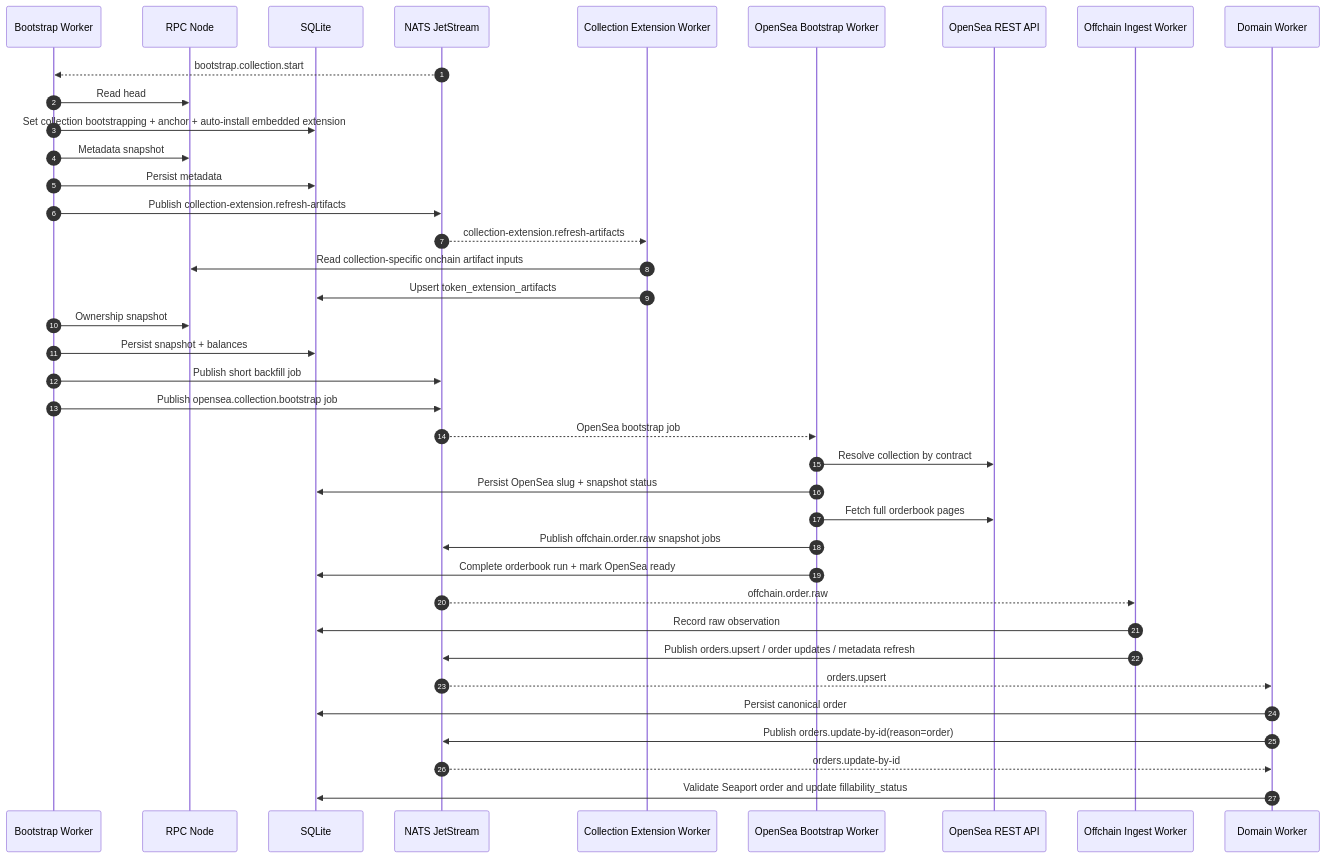
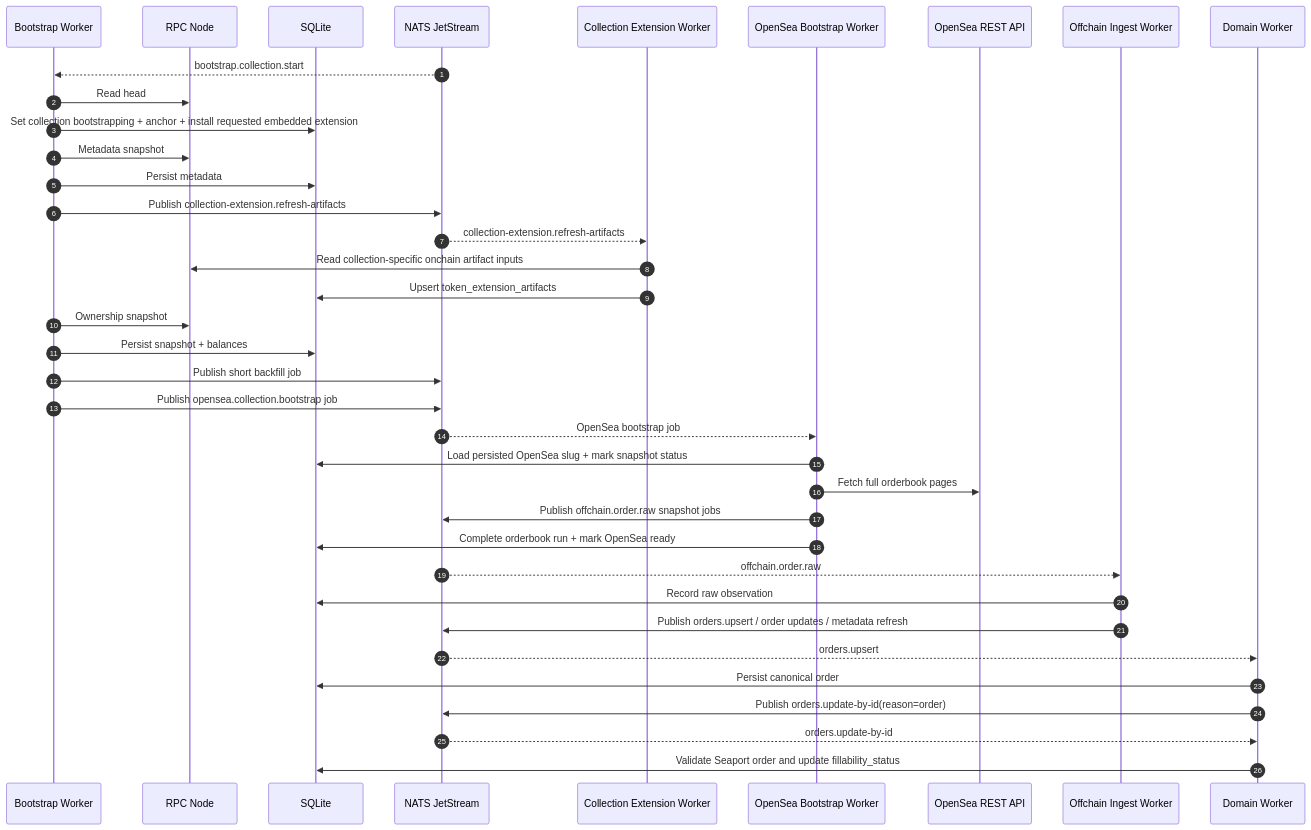
The second of 4 diagrams in docs/indexer/13-sequence-diagrams.md (d347h-eth/artgod), drawn with Mermaid before and after one commit. The commit also changed 28 other files, not shown here.

Commit message:
match collection/tokens scope for ext install

````diff
--- a/docs/indexer/13-sequence-diagrams.md
+++ b/docs/indexer/13-sequence-diagrams.md
@@ -35,44 +35,43 @@
 ```mermaid
 sequenceDiagram
     autonumber
     participant Bootstrap as Bootstrap Worker
     participant RPC as RPC Node
     participant DB as SQLite
     participant NATS as NATS JetStream
     participant Ext as Collection Extension Worker
     participant OSBoot as OpenSea Bootstrap Worker
     participant OSAPI as OpenSea REST API
     participant Offchain as Offchain Ingest Worker
     participant Domain as Domain Worker
 
     NATS-->>Bootstrap: bootstrap.collection.start
     Bootstrap->>RPC: Read head
-    Bootstrap->>DB: Set collection bootstrapping + anchor + auto-install embedded extension
+    Bootstrap->>DB: Set collection bootstrapping + anchor + install requested embedded extension
     Bootstrap->>RPC: Metadata snapshot
     Bootstrap->>DB: Persist metadata
     Bootstrap->>NATS: Publish collection-extension.refresh-artifacts
     NATS-->>Ext: collection-extension.refresh-artifacts
     Ext->>RPC: Read collection-specific onchain artifact inputs
     Ext->>DB: Upsert token_extension_artifacts
     Bootstrap->>RPC: Ownership snapshot
     Bootstrap->>DB: Persist snapshot + balances
     Bootstrap->>NATS: Publish short backfill job
     Bootstrap->>NATS: Publish opensea.collection.bootstrap job
 
     NATS-->>OSBoot: OpenSea bootstrap job
-    OSBoot->>OSAPI: Resolve collection by contract
-    OSBoot->>DB: Persist OpenSea slug + snapshot status
+    OSBoot->>DB: Load persisted OpenSea slug + mark snapshot status
     OSBoot->>OSAPI: Fetch full orderbook pages
     OSBoot->>NATS: Publish offchain.order.raw snapshot jobs
     OSBoot->>DB: Complete orderbook run + mark OpenSea ready
 
     NATS-->>Offchain: offchain.order.raw
     Offchain->>DB: Record raw observation
     Offchain->>NATS: Publish orders.upsert / order updates / metadata refresh
 
     NATS-->>Domain: orders.upsert
     Domain->>DB: Persist canonical order
     Domain->>NATS: Publish orders.update-by-id(reason=order)
     NATS-->>Domain: orders.update-by-id
     Domain->>DB: Validate Seaport order and update fillability_status
 ```
````
